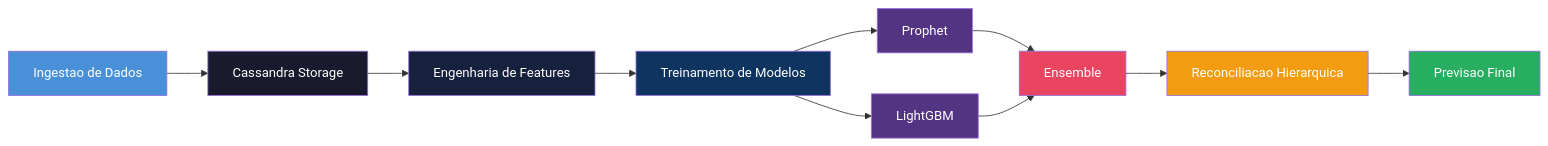
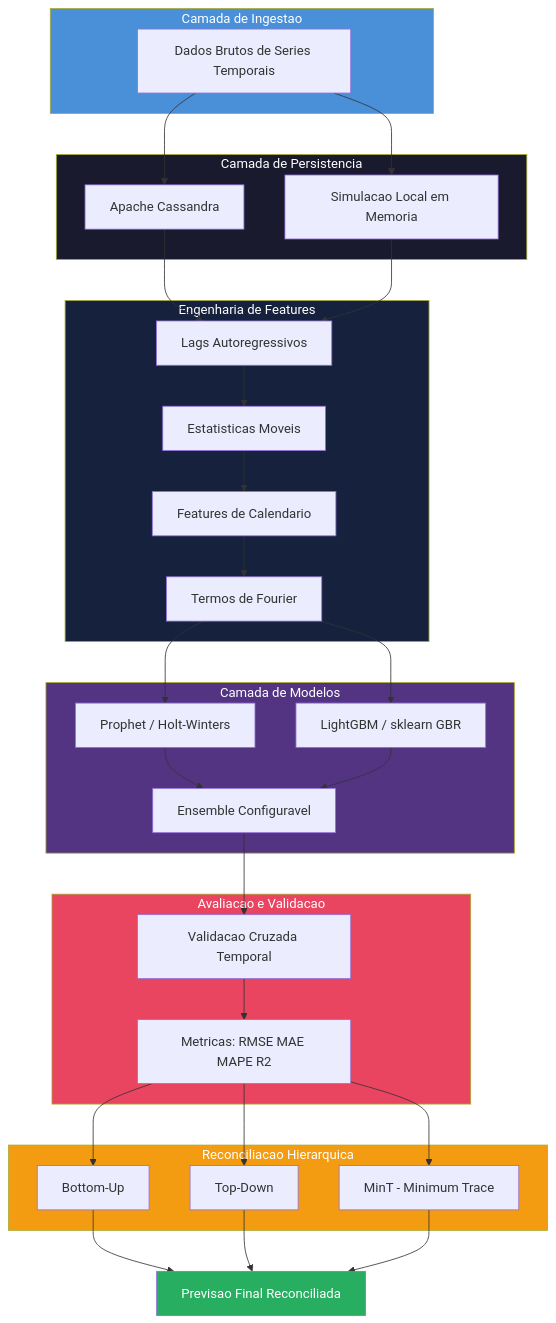
Before and after one commit to galafis/cassandra-timeseries-ml-pipeline: the first of 4 diagrams in README.md, drawn with Mermaid. The commit also changed other lines of this file and 4 other files, not shown here.

````diff
--- a/README.md
+++ b/README.md
@@ -32,22 +58,63 @@
 ```mermaid
-flowchart LR
-    A[Ingestao de Dados] --> B[Cassandra Storage]
-    B --> C[Engenharia de Features]
-    C --> D[Treinamento de Modelos]
-    D --> E[Prophet]
-    D --> F[LightGBM]
-    E --> G[Ensemble]
-    F --> G
-    G --> H[Reconciliacao Hierarquica]
-    H --> I[Previsao Final]
+graph TD
+    subgraph Ingestao["Camada de Ingestao"]
+        A[Dados Brutos de Series Temporais]
+    end
 
-    style A fill:#4A90D9,color:#fff
-    style B fill:#1A1A2E,color:#fff
-    style C fill:#16213E,color:#fff
-    style D fill:#0F3460,color:#fff
-    style E fill:#533483,color:#fff
-    style F fill:#533483,color:#fff
-    style G fill:#E94560,color:#fff
-    style H fill:#F39C12,color:#fff
-    style I fill:#27AE60,color:#fff
+    subgraph Armazenamento["Camada de Persistencia"]
+        B[Apache Cassandra]
+        B1[Simulacao Local em Memoria]
+    end
+
+    subgraph Features["Engenharia de Features"]
+        C1[Lags Autoregressivos]
+        C2[Estatisticas Moveis]
+        C3[Features de Calendario]
+        C4[Termos de Fourier]
+    end
+
+    subgraph Modelos["Camada de Modelos"]
+        D1[Prophet / Holt-Winters]
+        D2[LightGBM / sklearn GBR]
+        D3[Ensemble Configuravel]
+    end
+
+    subgraph Avaliacao["Avaliacao e Validacao"]
+        E1[Validacao Cruzada Temporal]
+        E2[Metricas: RMSE MAE MAPE R2]
+    end
+
+    subgraph Reconciliacao["Reconciliacao Hierarquica"]
+        F1[Bottom-Up]
+        F2[Top-Down]
+        F3[MinT - Minimum Trace]
+    end
+
+    G[Previsao Final Reconciliada]
+
+    A --> B
+    A --> B1
+    B --> C1
+    B1 --> C1
+    C1 --> C2 --> C3 --> C4
+    C4 --> D1
+    C4 --> D2
+    D1 --> D3
+    D2 --> D3
+    D3 --> E1
+    E1 --> E2
+    E2 --> F1
+    E2 --> F2
+    E2 --> F3
+    F1 --> G
+    F2 --> G
+    F3 --> G
+
+    style Ingestao fill:#4A90D9,color:#fff
+    style Armazenamento fill:#1A1A2E,color:#fff
+    style Features fill:#16213E,color:#fff
+    style Modelos fill:#533483,color:#fff
+    style Avaliacao fill:#E94560,color:#fff
+    style Reconciliacao fill:#F39C12,color:#fff
+    style G fill:#27AE60,color:#fff
 ```
````
